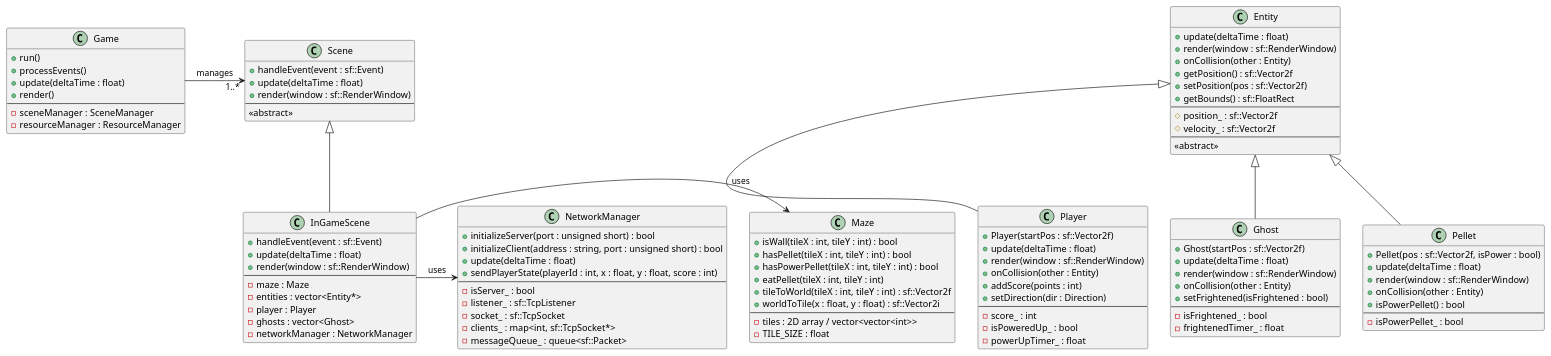
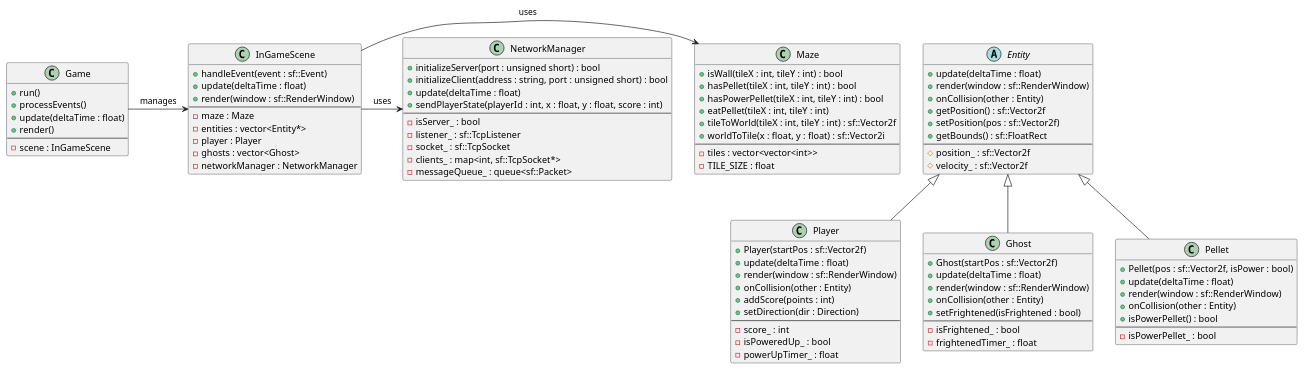
The diagram in reports/uml_diagram.puml (piotrsuchy/pw_advanced_cpp), drawn with PlantUML before and after one commit.

Commit message:
simplify uml diagram and change some comments

```diff
--- a/reports/uml_diagram.puml
+++ b/reports/uml_diagram.puml
@@ -1,136 +1,120 @@
 @startuml
 
 ' ==========================
-'  Classes & Relationships
+'  Klasy i relacje
 ' ==========================
 
-' Game / Scene / Maze
+' Główna klasa gry, która zarządza rozgrywką
 class Game {
     + run()
     + processEvents()
     + update(deltaTime : float)
     + render()
     --
-    - sceneManager : SceneManager
-    - resourceManager : ResourceManager
+    - scene : InGameScene
 }
 
-' sf - Simple and Fast Multimedia Library
-class Scene {
-    + handleEvent(event : sf::Event)
-    + update(deltaTime : float)
-    + render(window : sf::RenderWindow)
-    --
-    <<abstract>>
-}
-
+' Klasa reprezentująca tryb rozgrywki
 class InGameScene {
     + handleEvent(event : sf::Event)
     + update(deltaTime : float)
     + render(window : sf::RenderWindow)
     --
     - maze : Maze
     - entities : vector<Entity*>
     - player : Player
     - ghosts : vector<Ghost>
     - networkManager : NetworkManager
 }
 
+' Klasa reprezentująca planszę gry
 class Maze {
     + isWall(tileX : int, tileY : int) : bool
     + hasPellet(tileX : int, tileY : int) : bool
     + hasPowerPellet(tileX : int, tileY : int) : bool
     + eatPellet(tileX : int, tileY : int)
     + tileToWorld(tileX : int, tileY : int) : sf::Vector2f
     + worldToTile(x : float, y : float) : sf::Vector2i
     --
-    - tiles : 2D array / vector<vector<int>>
+    - tiles : vector<vector<int>>
     - TILE_SIZE : float
 }
 
-
-' Entities
-class Entity {
+' Klasa bazowa dla obiektów dynamicznych
+abstract class Entity {
     + update(deltaTime : float)
     + render(window : sf::RenderWindow)
     + onCollision(other : Entity)
     + getPosition() : sf::Vector2f
     + setPosition(pos : sf::Vector2f)
     + getBounds() : sf::FloatRect
     --
     # position_ : sf::Vector2f
     # velocity_ : sf::Vector2f
-    --
-    <<abstract>>
 }
 
+' Gracz (Pac-Man)
 class Player {
     + Player(startPos : sf::Vector2f)
     + update(deltaTime : float)
     + render(window : sf::RenderWindow)
     + onCollision(other : Entity)
     + addScore(points : int)
     + setDirection(dir : Direction)
     --
     - score_ : int
     - isPoweredUp_ : bool
     - powerUpTimer_ : float
 }
 
+' Duch (przeciwnik)
 class Ghost {
     + Ghost(startPos : sf::Vector2f)
     + update(deltaTime : float)
     + render(window : sf::RenderWindow)
     + onCollision(other : Entity)
     + setFrightened(isFrightened : bool)
     --
     - isFrightened_ : bool
     - frightenedTimer_ : float
 }
 
+' Pellet (kuleczka do zebrania)
 class Pellet {
     + Pellet(pos : sf::Vector2f, isPower : bool)
     + update(deltaTime : float)
     + render(window : sf::RenderWindow)
     + onCollision(other : Entity)
     + isPowerPellet() : bool
     --
     - isPowerPellet_ : bool
 }
 
-' NETWORK MANAGER
+' Klasa odpowiedzialna za synchronizację stanu gry (tryb wieloosobowy)
 class NetworkManager {
     + initializeServer(port : unsigned short) : bool
     + initializeClient(address : string, port : unsigned short) : bool
     + update(deltaTime : float)
     + sendPlayerState(playerId : int, x : float, y : float, score : int)
     --
     - isServer_ : bool
     - listener_ : sf::TcpListener
     - socket_ : sf::TcpSocket
     - clients_ : map<int, sf::TcpSocket*>
     - messageQueue_ : queue<sf::Packet>
 }
 
 ' ==========================
-'  Inheritance & Associations
+'  Dziedziczenie i relacje
 ' ==========================
 
-' Scenes
-Scene <|-- InGameScene
-
-' Entities
 Entity <|-- Player
 Entity <|-- Ghost
 Entity <|-- Pellet
 
-' Maze usage
 InGameScene -> Maze : uses
-
-' InGameScene references network manager
 InGameScene -> NetworkManager : uses
 
-' example: the Game might hold a "current Scene", or manage multiple Scenes
-Game -> "1..*" Scene : manages
+Game -> InGameScene : manages
 
 @enduml
```
